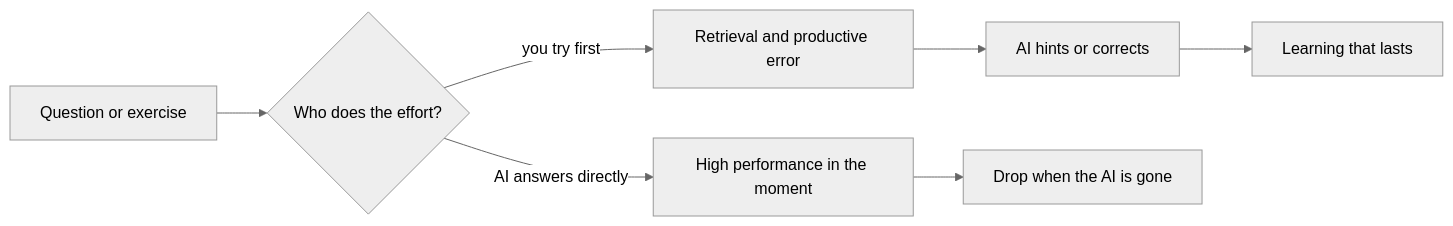
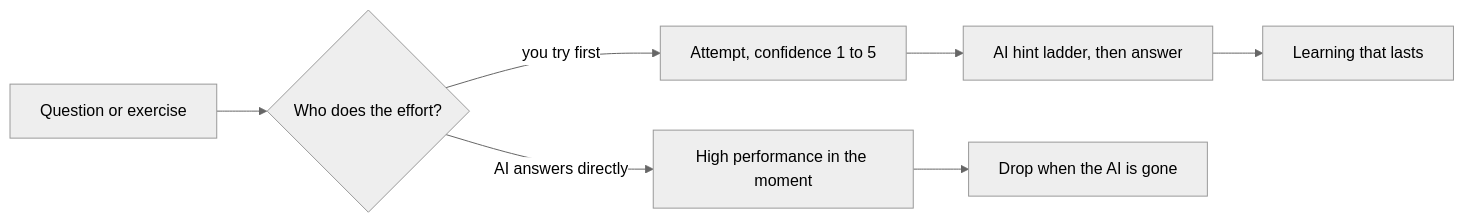
The first of 2 diagrams in 40_References/Guides/Studying_with_AI.md (erikunha/vault-of-loci), drawn with Mermaid (neutral theme) before and after one commit. The commit also changed other lines of this file and 33 other files, not shown here.

````diff
--- a/40_References/Guides/Studying_with_AI.md
+++ b/40_References/Guides/Studying_with_AI.md
@@ -61,9 +64,9 @@
 ```mermaid
 flowchart LR
   P["Question or exercise"] --> T{"Who does the effort?"}
-  T -->|"you try first"| R["Retrieval and productive error"]
-  R --> F["AI hints or corrects"]
+  T -->|"you try first"| R["Attempt, confidence 1 to 5"]
+  R --> F["AI hint ladder, then answer"]
   F --> A["Learning that lasts"]
   T -->|"AI answers directly"| D["High performance in the moment"]
   D --> Q["Drop when the AI is gone"]
 ```
````
